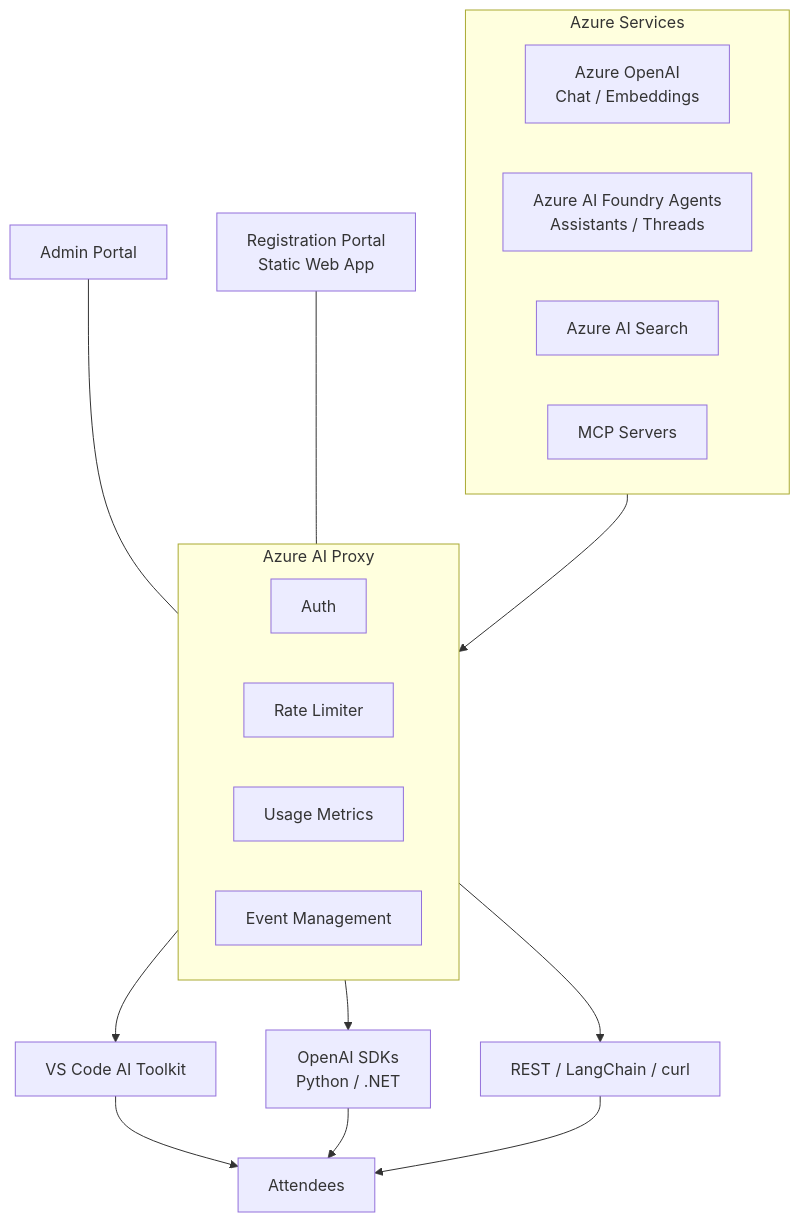
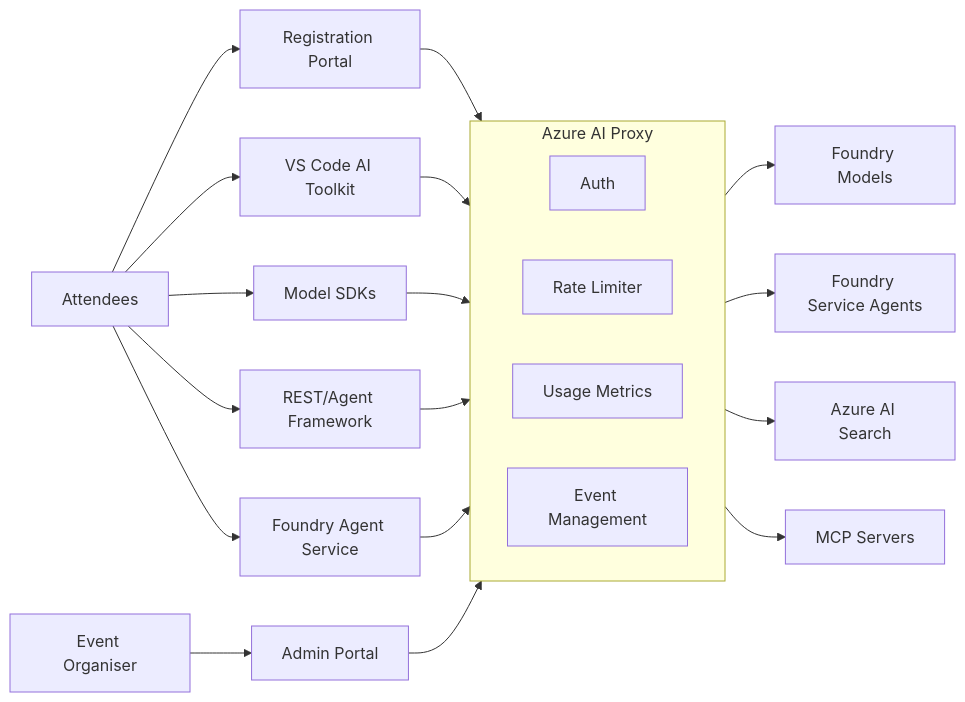
The diagram in docs/docs/index.md (gloveboxes/azure-ai-proxy-lite), drawn with Mermaid before and after one commit. The commit also changed 3 other files, not shown here.

````diff
--- a/docs/docs/index.md
+++ b/docs/docs/index.md
@@ -11,29 +11,35 @@
 ```mermaid
-graph TD
-    subgraph Azure_Services[Azure Services]
-        A1[Azure OpenAI<br/>Chat / Embeddings]
-        A2[Azure AI Foundry Agents<br/>Assistants / Threads]
-        A3[Azure AI Search]
-        A4[MCP Servers]
-    end
+---
+config:
+  flowchart:
+    wrappingWidth: 120
+---
+graph LR
+    Attendees --> Reg[Registration Portal]
+    Attendees --> T1[VS Code AI Toolkit]
+    Attendees --> T2[Model SDKs]
+    Attendees --> T3[REST/Agent Framework]
+    Attendees --> T4[Foundry Agent Service]
+
+    Organiser[Event Organiser] --> Admin[Admin Portal]
+
+    Reg --> Azure_AI_Proxy
+    T1 --> Azure_AI_Proxy
+    T2 --> Azure_AI_Proxy
+    T3 --> Azure_AI_Proxy
+    T4 --> Azure_AI_Proxy
+    Admin --> Azure_AI_Proxy
 
     subgraph Azure_AI_Proxy[Azure AI Proxy]
+        direction LR
         P1[Auth]
         P2[Rate Limiter]
         P3[Usage Metrics]
         P4[Event Management]
     end
 
-    Admin[Admin Portal] --- Azure_AI_Proxy
-    Reg[Registration Portal<br/>Static Web App] --- Azure_AI_Proxy
-
-    Azure_Services --> Azure_AI_Proxy
-
-    Azure_AI_Proxy --> T1[VS Code AI Toolkit]
-    Azure_AI_Proxy --> T2[OpenAI SDKs<br/>Python / .NET]
-    Azure_AI_Proxy --> T3[REST / LangChain / curl]
-
-    T1 --> Attendees
-    T2 --> Attendees
-    T3 --> Attendees
+    Azure_AI_Proxy --> A1[Foundry Models]
+    Azure_AI_Proxy --> A2[Foundry Service Agents]
+    Azure_AI_Proxy --> A3[Azure AI Search]
+    Azure_AI_Proxy --> A4[MCP Servers]
 ```
````
